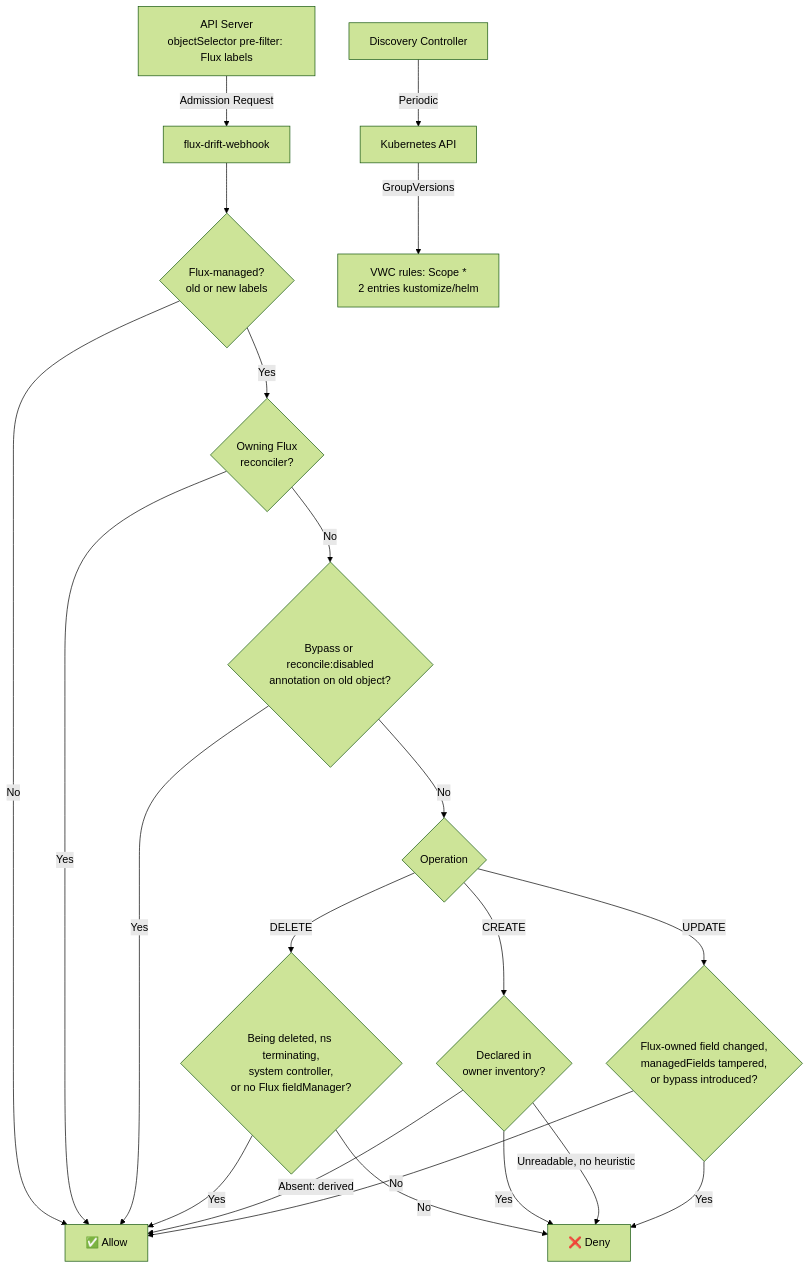
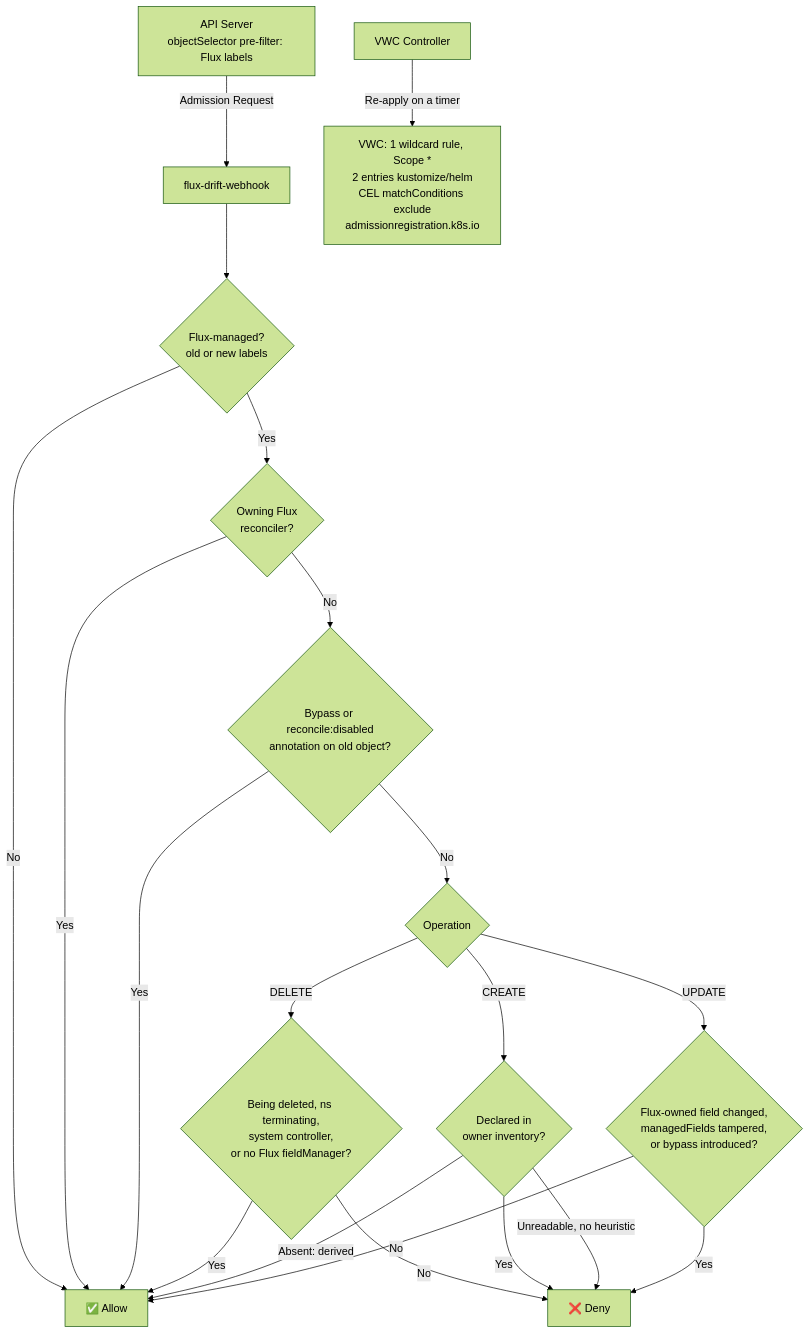
The diagram in README.md (pmialon/flux-drift-webhook), drawn with Mermaid (forest theme) before and after one commit. The commit also changed other lines of this file and 16 other files, not shown here.

First line of the commit message:
feat!: replace GVK discovery with a wildcard rule and CEL matchConditions

````diff
--- a/README.md
+++ b/README.md
@@ -71,24 +71,23 @@
 ```mermaid
 graph TB
     A[API Server<br/>objectSelector pre-filter: Flux labels] -->|Admission Request| B[flux-drift-webhook]
     B --> C{Flux-managed?<br/>old or new labels}
     C -->|No| ALLOW[✅ Allow]
     C -->|Yes| E{Owning Flux<br/>reconciler?}
     E -->|Yes| ALLOW
     E -->|No| F{Bypass or reconcile:disabled<br/>annotation on old object?}
     F -->|Yes| ALLOW
     F -->|No| OP{Operation}
     OP -->|DELETE| G{Being deleted, ns terminating,<br/>system controller,<br/>or no Flux fieldManager?}
     G -->|Yes| ALLOW
     G -->|No| DENY[❌ Deny]
     OP -->|CREATE| H{Declared in<br/>owner inventory?}
     H -->|Yes| DENY
     H -->|Absent: derived| ALLOW
     H -->|Unreadable, no heuristic| DENY
     OP -->|UPDATE| J{Flux-owned field changed,<br/>managedFields tampered,<br/>or bypass introduced?}
     J -->|No| ALLOW
     J -->|Yes| DENY
 
-    K[Discovery Controller] -->|Periodic| L[Kubernetes API]
-    L -->|GroupVersions| M[VWC rules: Scope *<br/>2 entries kustomize/helm]
+    K[VWC Controller] -->|Re-apply on a timer| M[VWC: 1 wildcard rule, Scope *<br/>2 entries kustomize/helm<br/>CEL matchConditions exclude<br/>admissionregistration.k8s.io]
 ```
````
